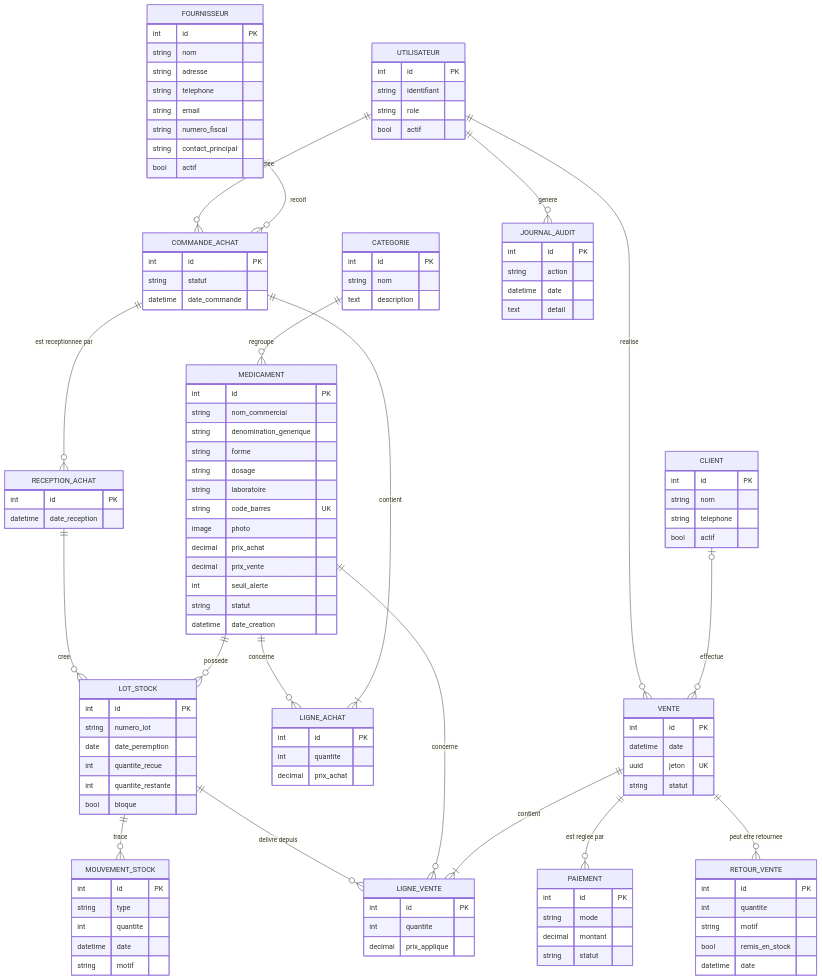
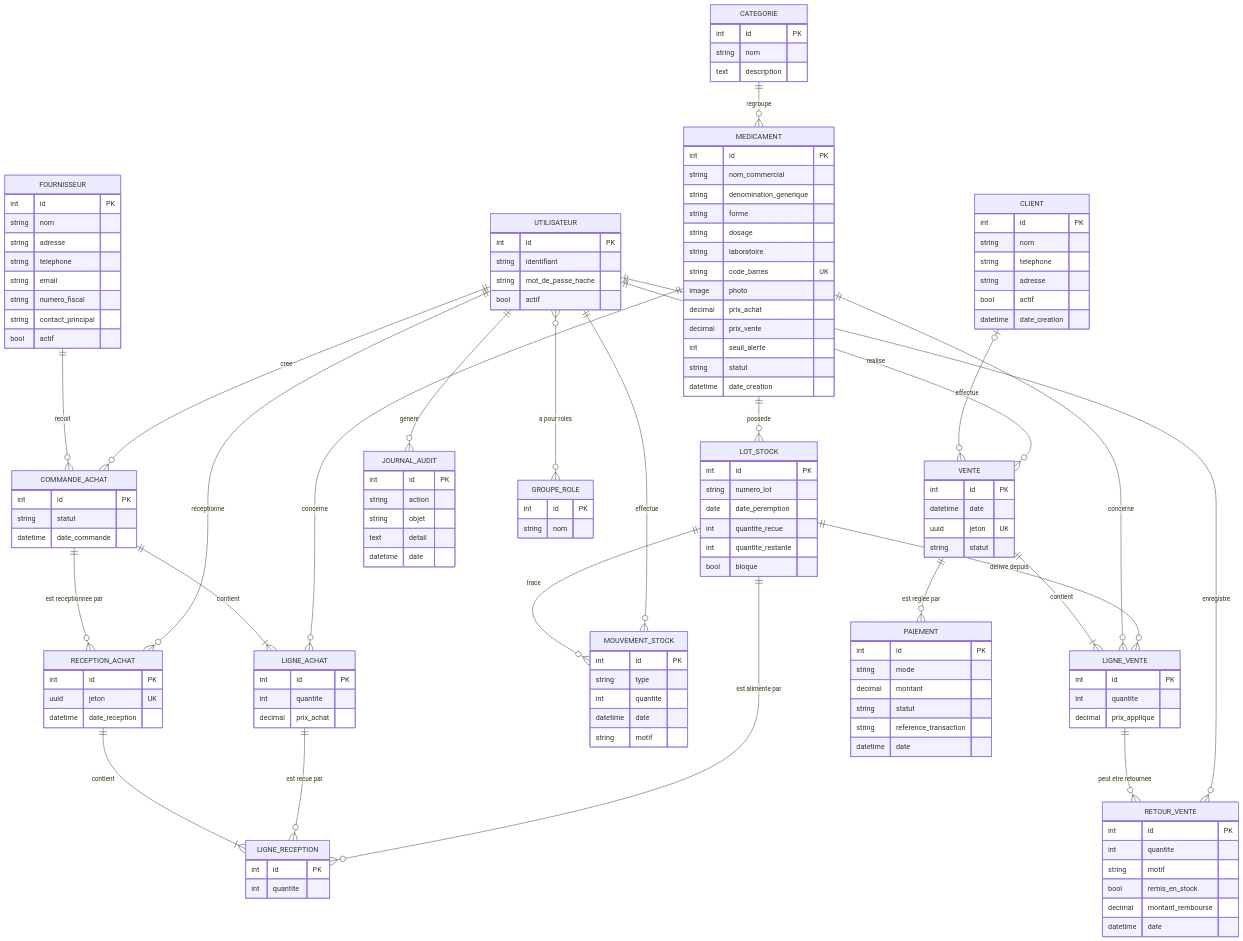
The second of 8 diagrams in docs/conception.md (Mathieu-35/pharmagest), drawn with Mermaid before and after one commit. The commit also changed other lines of this file and 23 other files, not shown here.

````diff
--- a/docs/conception.md
+++ b/docs/conception.md
@@ -34,17 +37,23 @@
     COMMANDE_ACHAT ||--|{ LIGNE_ACHAT : contient
     MEDICAMENT ||--o{ LIGNE_ACHAT : concerne
     COMMANDE_ACHAT ||--o{ RECEPTION_ACHAT : "est receptionnee par"
-    RECEPTION_ACHAT ||--o{ LOT_STOCK : cree
+    RECEPTION_ACHAT ||--|{ LIGNE_RECEPTION : contient
+    LIGNE_ACHAT ||--o{ LIGNE_RECEPTION : "est recue par"
+    LOT_STOCK ||--o{ LIGNE_RECEPTION : "est alimente par"
     LOT_STOCK ||--o{ MOUVEMENT_STOCK : trace
     CLIENT |o--o{ VENTE : effectue
     VENTE ||--|{ LIGNE_VENTE : contient
     MEDICAMENT ||--o{ LIGNE_VENTE : concerne
     LOT_STOCK ||--o{ LIGNE_VENTE : "delivre depuis"
     VENTE ||--o{ PAIEMENT : "est reglee par"
-    VENTE ||--o{ RETOUR_VENTE : "peut etre retournee"
+    LIGNE_VENTE ||--o{ RETOUR_VENTE : "peut etre retournee"
     UTILISATEUR ||--o{ COMMANDE_ACHAT : cree
+    UTILISATEUR ||--o{ RECEPTION_ACHAT : receptionne
+    UTILISATEUR ||--o{ MOUVEMENT_STOCK : effectue
     UTILISATEUR ||--o{ VENTE : realise
+    UTILISATEUR ||--o{ RETOUR_VENTE : enregistre
     UTILISATEUR ||--o{ JOURNAL_AUDIT : genere
+    UTILISATEUR }o--o{ GROUPE_ROLE : "a pour roles"
 
     CATEGORIE {
         int id PK
@@ -96,7 +105,12 @@
     }
     RECEPTION_ACHAT {
         int id PK
+        uuid jeton UK
         datetime date_reception
+    }
+    LIGNE_RECEPTION {
+        int id PK
+        int quantite
     }
     MOUVEMENT_STOCK {
         int id PK
@@ -109,7 +123,9 @@
         int id PK
         string nom
         string telephone
+        string adresse
         bool actif
+        datetime date_creation
     }
     VENTE {
         int id PK
@@ -127,24 +143,32 @@
         string mode
         decimal montant
         string statut
+        string reference_transaction
+        datetime date
     }
     RETOUR_VENTE {
         int id PK
         int quantite
         string motif
         bool remis_en_stock
+        decimal montant_rembourse
         datetime date
     }
     UTILISATEUR {
         int id PK
         string identifiant
-        string role
+        string mot_de_passe_hache
         bool actif
+    }
+    GROUPE_ROLE {
+        int id PK
+        string nom
     }
     JOURNAL_AUDIT {
         int id PK
         string action
+        string objet
+        text detail
         datetime date
-        text detail
     }
 ```
````
